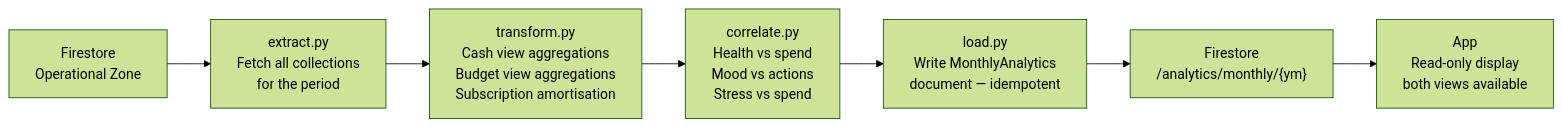
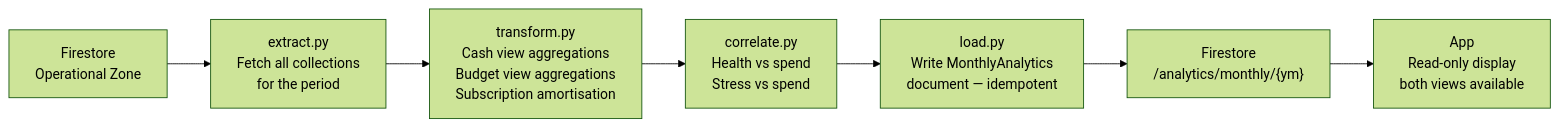
Before and after one commit to shadow-library/memoir-android: the tenth of 10 diagrams in docs/ARCHITECTURE.md, drawn with Mermaid (forest theme). The commit also changed other lines of this file and 49 other files, not shown here.

````diff
--- a/docs/ARCHITECTURE.md
+++ b/docs/ARCHITECTURE.md
@@ -931,9 +917,9 @@
 ```mermaid
 flowchart LR
     A["Firestore<br/>Operational Zone"] --> B["extract.py<br/>Fetch all collections<br/>for the period"]
     B --> C["transform.py<br/>Cash view aggregations<br/>Budget view aggregations<br/>Subscription amortisation"]
-    C --> D["correlate.py<br/>Health vs spend<br/>Mood vs actions<br/>Stress vs spend"]
+    C --> D["correlate.py<br/>Health vs spend<br/>Stress vs spend"]
     D --> E["load.py<br/>Write MonthlyAnalytics<br/>document — idempotent"]
     E --> F["Firestore<br/>/analytics/monthly/{ym}"]
     F --> G["App<br/>Read-only display<br/>both views available"]
 ```
````
